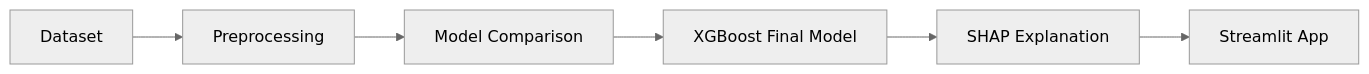
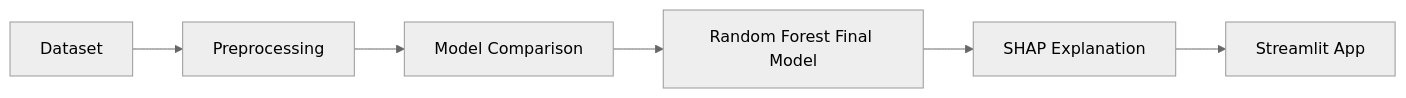
One commit to tahasadiki91/medical-decision-support changed the diagram in README.md. Above: the diagram before and after it, drawn with Mermaid (neutral theme). The commit also changed other lines of this file, not shown here.

First line of the commit message:
Change best model to Random Forest and add Trello section

````diff
--- a/README.md
+++ b/README.md
@@ -15,8 +15,8 @@
 ```mermaid
 flowchart LR
     A[Dataset] --> B[Preprocessing]
     B --> C[Model Comparison]
-    C --> D[XGBoost Final Model]
+    C --> D[Random Forest Final Model]
     D --> E[SHAP Explanation]
     E --> F[Streamlit App]
 ```
````
